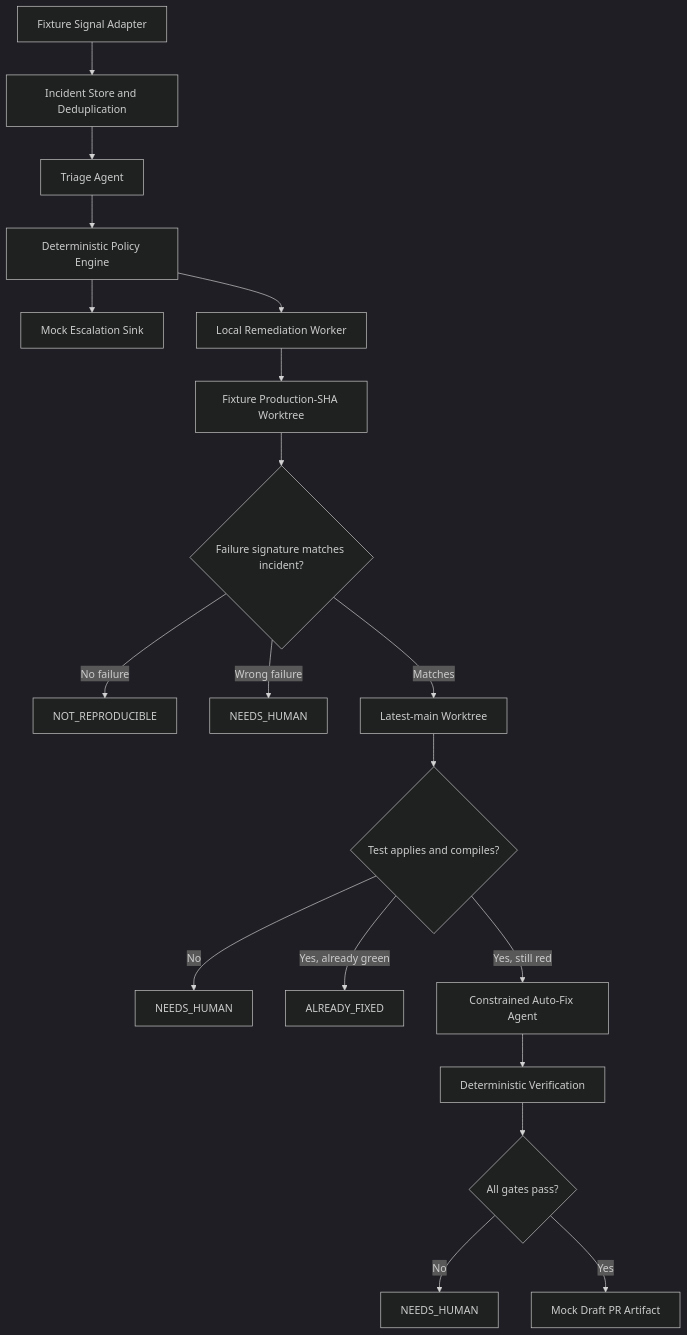
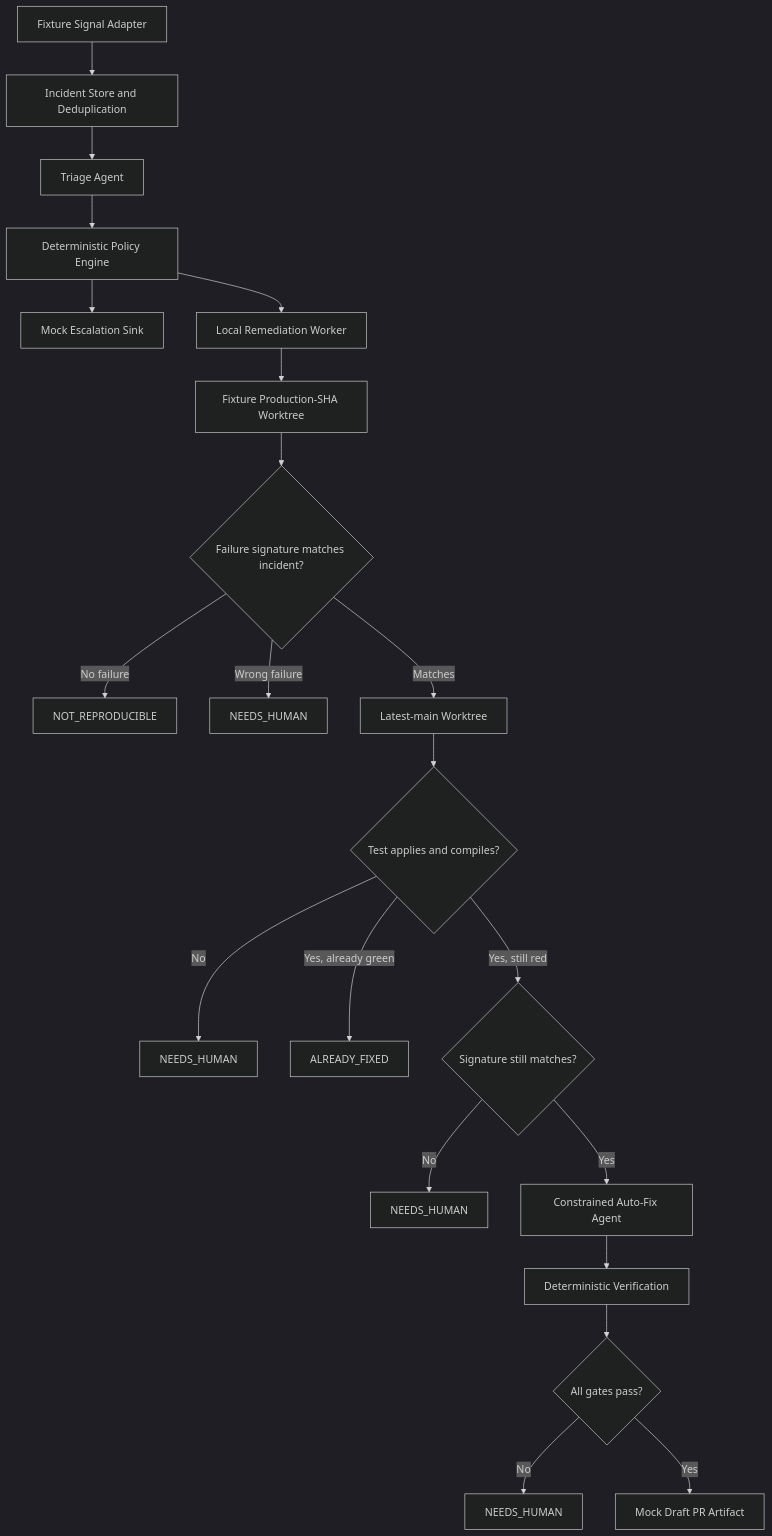
The diagram in docs/auto-fix-remediation/README.md (ZhenrongQu/rpas-lms), drawn with Mermaid (dark theme) before and after one commit. The commit also changed other lines of this file, not shown here.

````diff
--- a/docs/auto-fix-remediation/README.md
+++ b/docs/auto-fix-remediation/README.md
@@ -72,21 +72,23 @@
 ```mermaid
 flowchart TD
     FS["Fixture Signal Adapter"] --> IS["Incident Store and Deduplication"]
     IS --> TA["Triage Agent"]
     TA --> PE["Deterministic Policy Engine"]
     PE --> ME["Mock Escalation Sink"]
     PE --> RW["Local Remediation Worker"]
     RW --> PW["Fixture Production-SHA Worktree"]
     PW --> RM{"Failure signature matches incident?"}
     RM -- "No failure" --> NR["NOT_REPRODUCIBLE"]
     RM -- "Wrong failure" --> NH1["NEEDS_HUMAN"]
     RM -- "Matches" --> MW["Latest-main Worktree"]
     MW --> TP{"Test applies and compiles?"}
     TP -- "No" --> NH2["NEEDS_HUMAN"]
     TP -- "Yes, already green" --> AF["ALREADY_FIXED"]
-    TP -- "Yes, still red" --> FX["Constrained Auto-Fix Agent"]
+    TP -- "Yes, still red" --> MM{"Signature still matches?"}
+    MM -- "No" --> NH4["NEEDS_HUMAN"]
+    MM -- "Yes" --> FX["Constrained Auto-Fix Agent"]
     FX --> VE["Deterministic Verification"]
     VE --> VG{"All gates pass?"}
     VG -- "No" --> NH3["NEEDS_HUMAN"]
     VG -- "Yes" --> MP["Mock Draft PR Artifact"]
 ```
````
